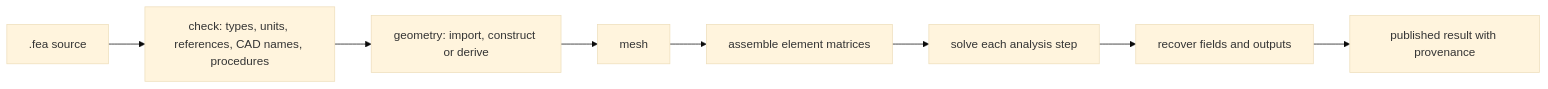
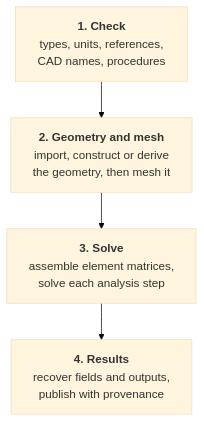
Before and after one commit to runmat-org/runmat: the diagram in docs/simulation/index.md, drawn with Mermaid (base theme). The commit also changed 6 other files, not shown here.

Commit message:
Docs: guides teach (question, model, mesh, run, read, refine, change) with a short familiar-physics section; beam-theory comparison and convergence data move to structural validation; overview diagram top-down; Current Status leaves the catalog

````diff
--- a/docs/simulation/index.md
+++ b/docs/simulation/index.md
@@ -106,10 +106,8 @@
 ```mermaid
-flowchart LR
-    A[".fea source"] --> B["check: types, units, references, CAD names, procedures"]
-    B --> C["geometry: import, construct or derive"]
-    C --> D["mesh"]
-    D --> E["assemble element matrices"]
-    E --> F["solve each analysis step"]
-    F --> G["recover fields and outputs"]
-    G --> H["published result with provenance"]
+flowchart TD
+    A["<b>1. Check</b><br/>types, units, references,<br/>CAD names, procedures"]
+    B["<b>2. Geometry and mesh</b><br/>import, construct or derive<br/>the geometry, then mesh it"]
+    C["<b>3. Solve</b><br/>assemble element matrices,<br/>solve each analysis step"]
+    D["<b>4. Results</b><br/>recover fields and outputs,<br/>publish with provenance"]
+    A --> B --> C --> D
 ```
````
